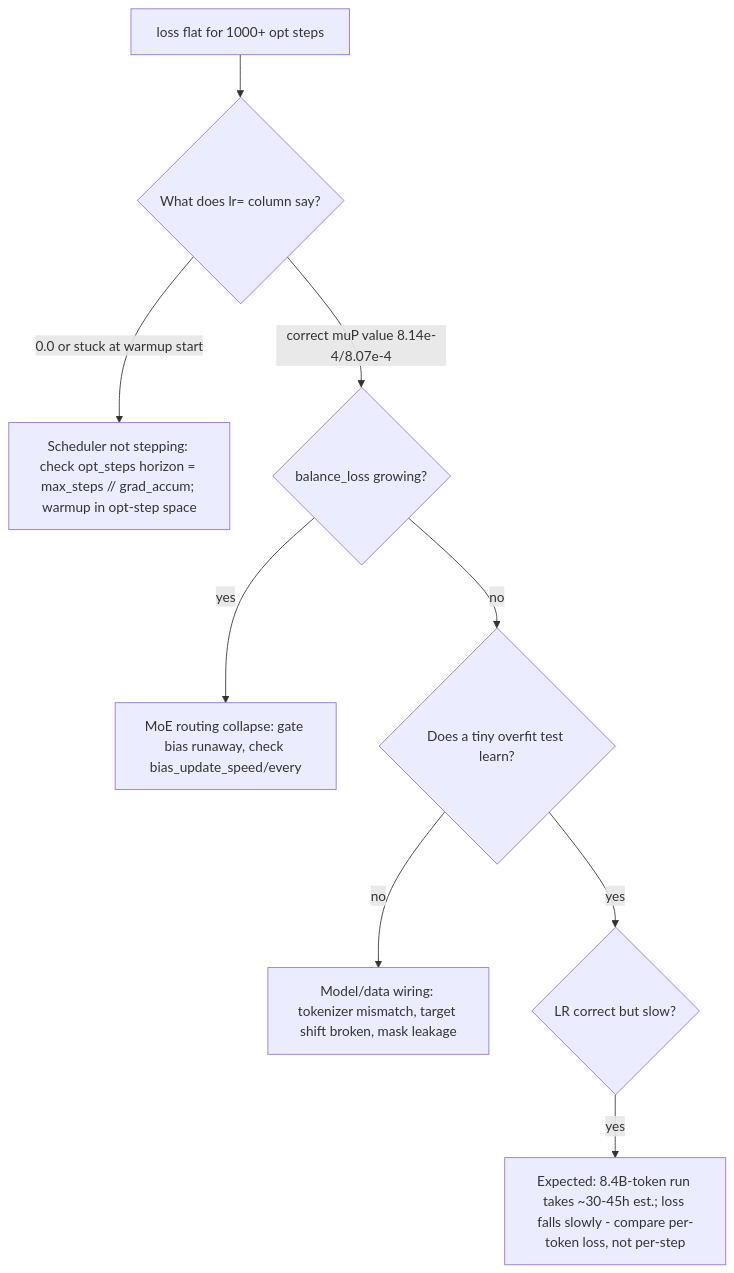
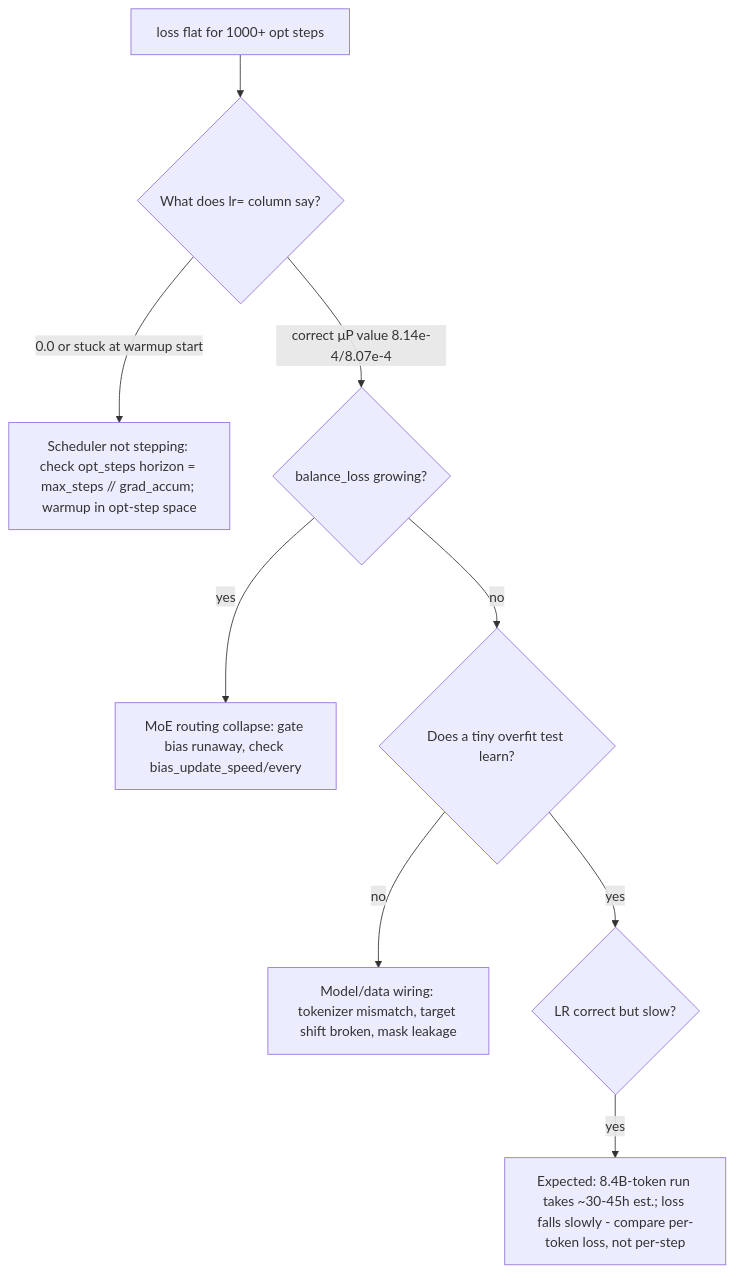
Before and after one commit to atandra2000/DeepSeek-V3-Lite: the second of 3 diagrams in docs/guides/G1_debugging_playbook.md, drawn with Mermaid. The commit also changed other lines of this file and 38 other files, not shown here.

````diff
--- a/docs/guides/G1_debugging_playbook.md
+++ b/docs/guides/G1_debugging_playbook.md
@@ -302,11 +302,11 @@
 ```mermaid
 flowchart TD
     A[loss flat for 1000+ opt steps] --> B{What does lr= column say?}
     B -- 0.0 or stuck at warmup start --> C[Scheduler not stepping: check opt_steps horizon = max_steps // grad_accum; warmup in opt-step space]
-    B -- correct muP value 8.14e-4/8.07e-4 --> D{balance_loss growing?}
+    B -- correct μP value 8.14e-4/8.07e-4 --> D{balance_loss growing?}
     D -- yes --> E[MoE routing collapse: gate bias runaway, check bias_update_speed/every]
     D -- no --> F{Does a tiny overfit test learn?}
     F -- no --> G[Model/data wiring: tokenizer mismatch, target shift broken, mask leakage]
     F -- yes --> H{LR correct but slow?}
     H -- yes --> I[Expected: 8.4B-token run takes ~30-45h est.; loss falls slowly - compare per-token loss, not per-step]
 ```
````
